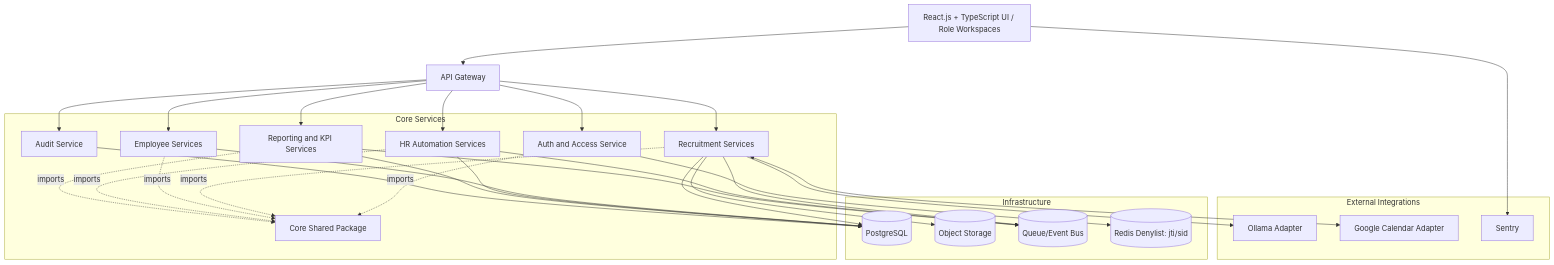
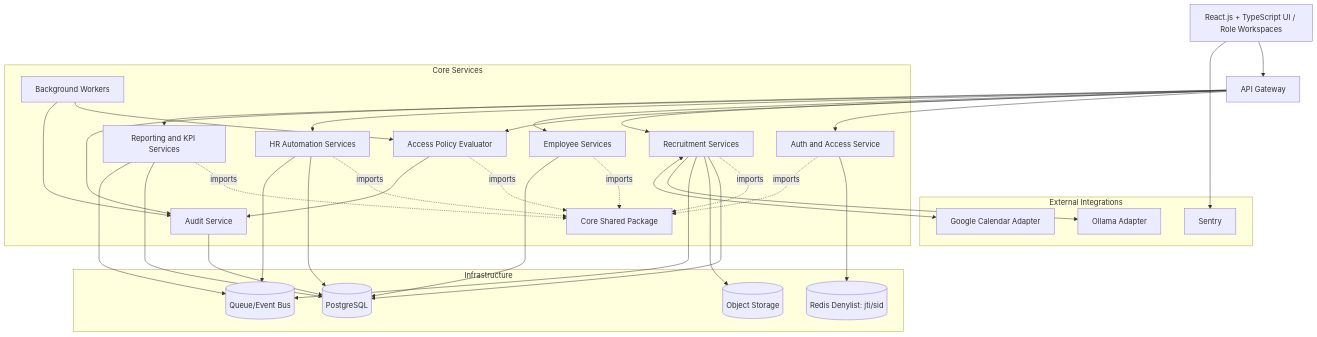
Before and after one commit to RubiFoc/hrm: the second of 11 diagrams in docs/architecture/diagrams.md, drawn with Mermaid. The commit also changed other lines of this file and 27 other files, not shown here.

````diff
--- a/docs/architecture/diagrams.md
+++ b/docs/architecture/diagrams.md
@@ -39,57 +39,64 @@
 ```mermaid
 flowchart TB
   UI[React.js + TypeScript UI / Role Workspaces]
   API[API Gateway]
 
   subgraph Core[Core Services]
     COREPKG[Core Shared Package]
     AUTH[Auth and Access Service]
+    POLICY[Access Policy Evaluator]
     REC[Recruitment Services]
     EMPDOM[Employee Services]
     HROPS[HR Automation Services]
+    WORKERS[Background Workers]
     ANALYTICS[Reporting and KPI Services]
     AUDIT[Audit Service]
   end
 
   subgraph Infra[Infrastructure]
     DB[(PostgreSQL)]
     OBJ[(Object Storage)]
     QUEUE[(Queue/Event Bus)]
     REDISDNL[(Redis Denylist: jti/sid)]
   end
 
   subgraph Ext[External Integrations]
     OLLAMA[Ollama Adapter]
     GCALSYNC[Google Calendar Adapter]
     SENTRY[Sentry]
   end
 
   UI --> API
   API --> AUTH
+  API --> POLICY
   API --> REC
   API --> EMPDOM
   API --> HROPS
   API --> ANALYTICS
+  WORKERS --> POLICY
   AUTH --> REDISDNL
   AUTH -.imports.-> COREPKG
+  POLICY -.imports.-> COREPKG
   REC -.imports.-> COREPKG
   EMPDOM -.imports.-> COREPKG
   HROPS -.imports.-> COREPKG
   ANALYTICS -.imports.-> COREPKG
 
   REC --> DB
   EMPDOM --> DB
   HROPS --> DB
   ANALYTICS --> DB
   AUDIT --> DB
 
   REC --> OBJ
   REC --> QUEUE
   HROPS --> QUEUE
   ANALYTICS --> QUEUE
 
   REC --> OLLAMA
   REC <--> GCALSYNC
   API --> AUDIT
+  POLICY --> AUDIT
+  WORKERS --> AUDIT
   UI --> SENTRY
 ```
````
